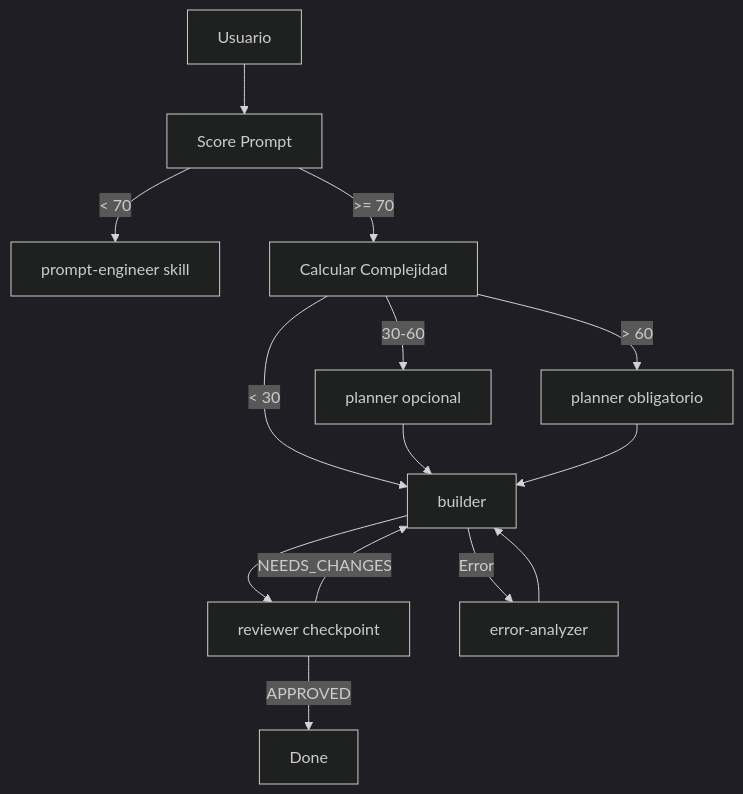
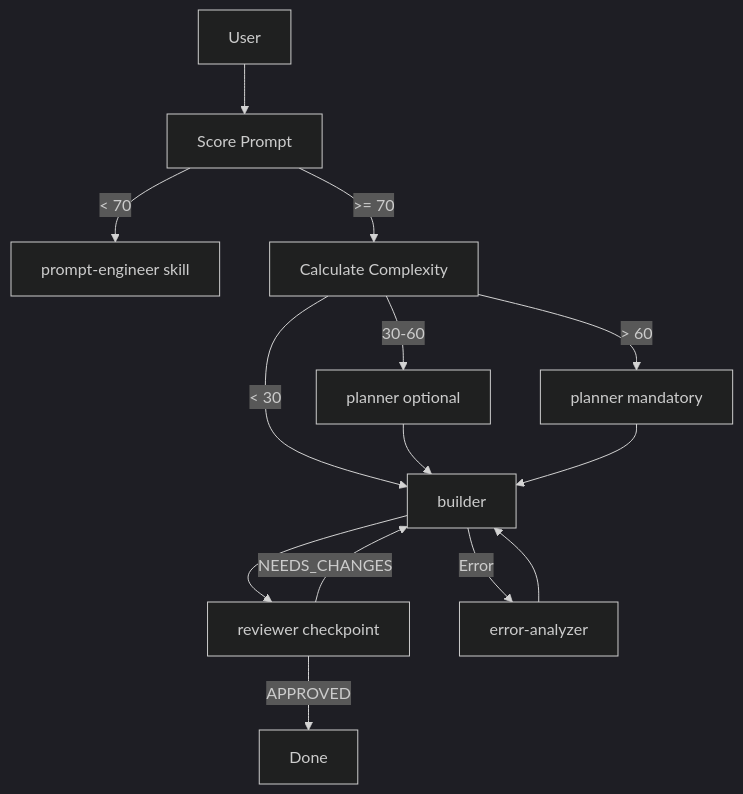
One commit to MaciWP/claude-code-poneglyph changed the second of 2 diagrams in CLAUDE.md. Above: the diagram before and after it, drawn with Mermaid (dark theme). The commit also changed other lines of this file and 6 other files, not shown here.

````diff
--- a/CLAUDE.md
+++ b/CLAUDE.md
@@ -127,15 +127,15 @@
 ```mermaid
 graph TD
-    U[Usuario] --> S[Score Prompt]
+    U[User] --> S[Score Prompt]
     S -->|< 70| PE[prompt-engineer skill]
-    S -->|>= 70| C[Calcular Complejidad]
-    C -->|< 30| B[builder directo]
-    C -->|30-60| P1[planner opcional]
-    C -->|> 60| P2[planner obligatorio]
+    S -->|>= 70| C[Calculate Complexity]
+    C -->|< 30| B[builder direct]
+    C -->|30-60| P1[planner optional]
+    C -->|> 60| P2[planner mandatory]
     P1 & P2 --> B[builder]
     B --> R[reviewer checkpoint]
     R -->|APPROVED| D[Done]
     R -->|NEEDS_CHANGES| B
     B -->|Error| EA[error-analyzer]
     EA --> B
 ```
````
